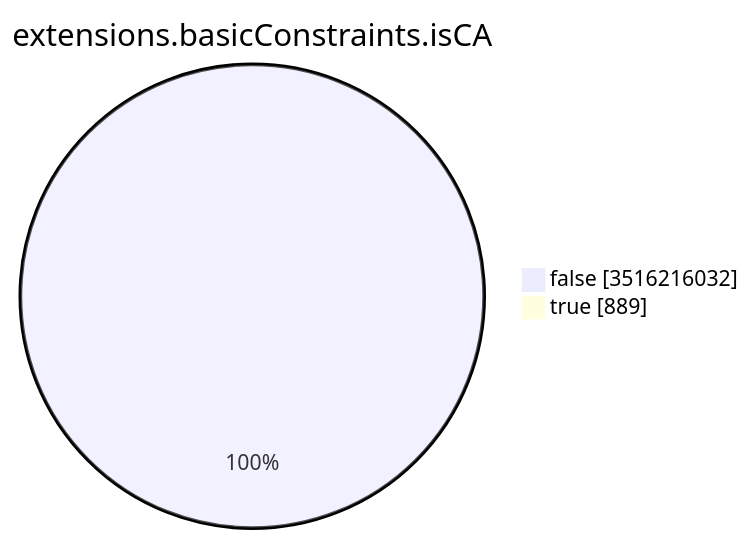
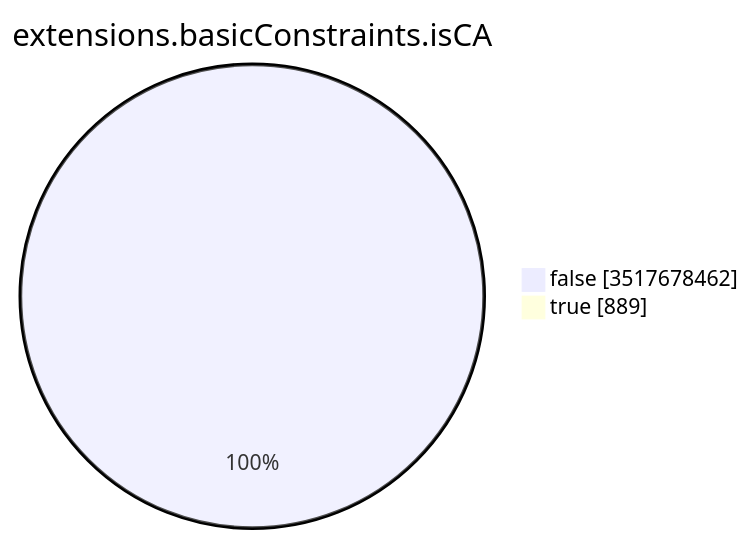
One commit to christiankrug/ctmonitor_visualization changed the seventh of 15 diagrams in TOTAL/README.md. Above: the diagram before and after it, drawn with Mermaid. The commit also changed other lines of this file, not shown here.

````diff
--- a/TOTAL/README.md
+++ b/TOTAL/README.md
@@ -3094,6 +3094,6 @@
 ```mermaid
 pie showData
 title extensions.basicConstraints.isCA
-"false" :3516216032
+"false" :3517678462
 "true" :889
 ```
````
